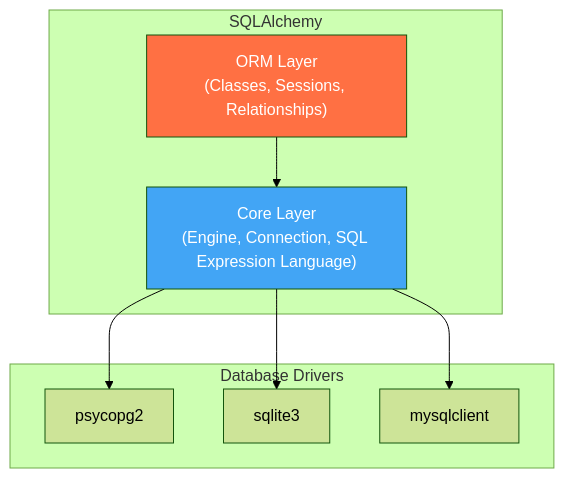
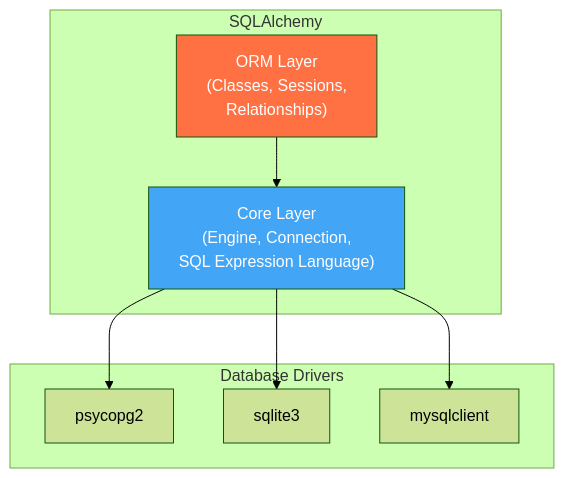
The third of 4 diagrams in week_12/w12_l24_concept_dao_orm.md (devomh/comp4098-2026), drawn with Mermaid (forest theme) before and after one commit. The commit also changed other lines of this file and 1 other file, not shown here.

````diff
--- a/week_12/w12_l24_concept_dao_orm.md
+++ b/week_12/w12_l24_concept_dao_orm.md
@@ -284,21 +316,21 @@
 ```mermaid
 graph TD
     subgraph "SQLAlchemy"
-        ORM["ORM Layer<br/>(Classes, Sessions, Relationships)"]
-        CORE["Core Layer<br/>(Engine, Connection, SQL Expression Language)"]
+        ORM["ORM Layer<br/>(Classes, Sessions,<br/> Relationships)"]
+        CORE["Core Layer<br/>(Engine, Connection,<br/> SQL Expression Language)"]
     end
 
     subgraph "Database Drivers"
         PG["psycopg2"]
         SL["sqlite3"]
         MY["mysqlclient"]
     end
 
     ORM --> CORE
     CORE --> PG
     CORE --> SL
     CORE --> MY
 
     style ORM fill:#FF7043,color:white
     style CORE fill:#42A5F5,color:white
 ```
````
